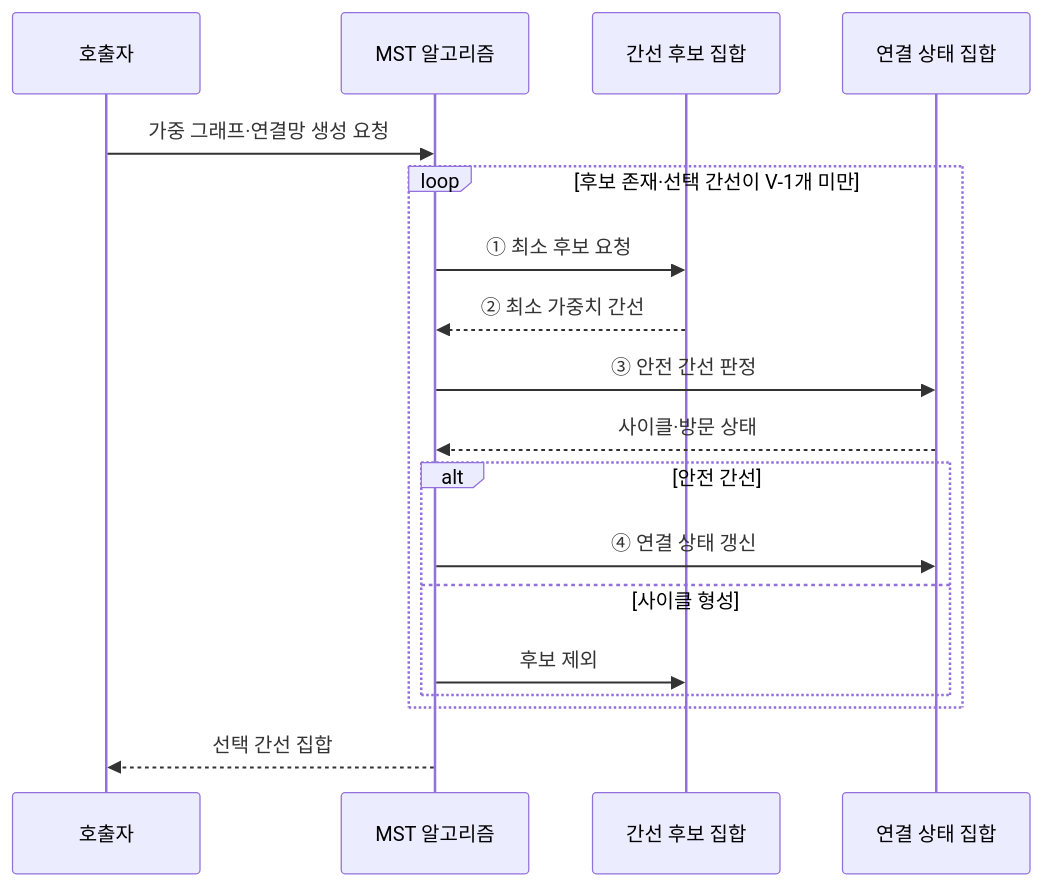
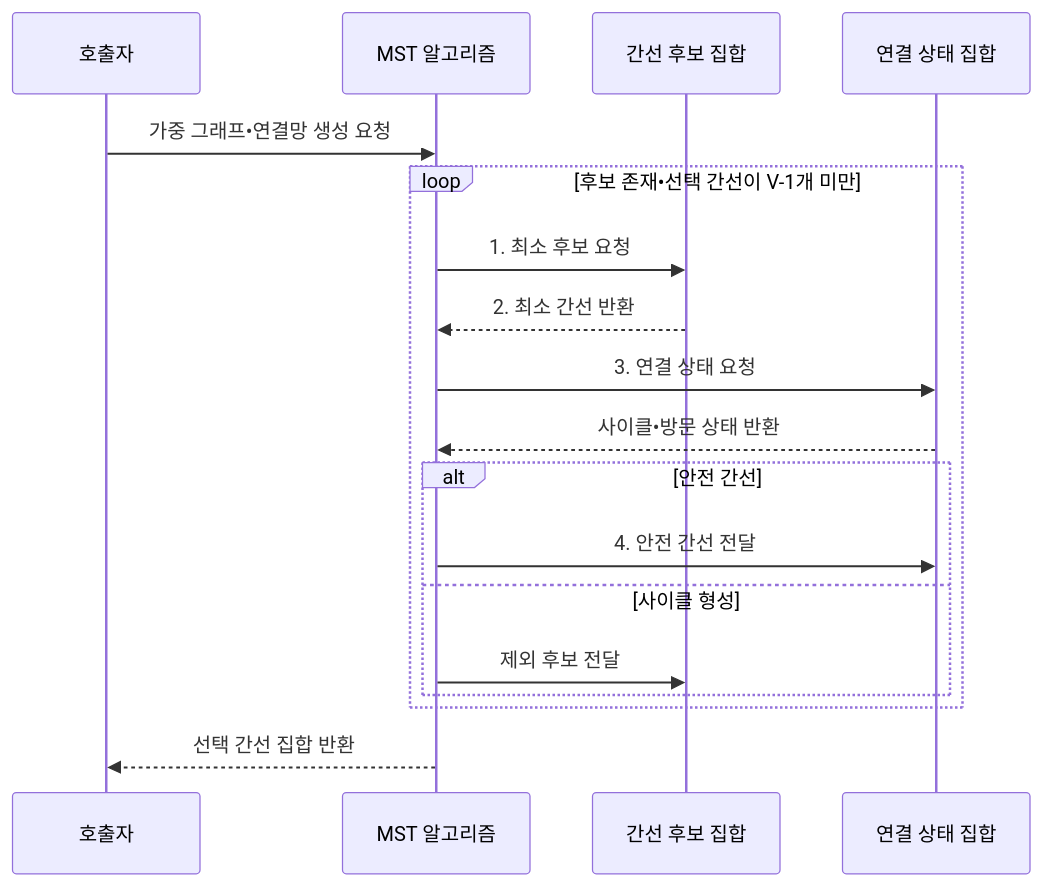
The second of 3 diagrams in src/content/docs/notes/01-basic-theory/012_minimum_spanning_tree.md (agnusdei1207/knowledge-base), drawn with Mermaid before and after one commit. The commit also changed other lines of this file and 20 other files, not shown here.

````diff
--- a/src/content/docs/notes/01-basic-theory/012_minimum_spanning_tree.md
+++ b/src/content/docs/notes/01-basic-theory/012_minimum_spanning_tree.md
@@ -74,20 +81,20 @@
 ```mermaid
 sequenceDiagram
     participant Q as 호출자
     participant A as MST 알고리즘
     participant C as 간선 후보 집합
     participant S as 연결 상태 집합
-    Q->>A: 가중 그래프·연결망 생성 요청
-    loop 후보 존재·선택 간선이 V-1개 미만
-        A->>C: ① 최소 후보 요청
-        C-->>A: ② 최소 가중치 간선
-        A->>S: ③ 안전 간선 판정
-        S-->>A: 사이클·방문 상태
+    Q->>A: 가중 그래프•연결망 생성 요청
+    loop 후보 존재•선택 간선이 V-1개 미만
+        A->>C: 1. 최소 후보 요청
+        C-->>A: 2. 최소 간선 반환
+        A->>S: 3. 연결 상태 요청
+        S-->>A: 사이클•방문 상태 반환
         alt 안전 간선
-            A->>S: ④ 연결 상태 갱신
+            A->>S: 4. 안전 간선 전달
         else 사이클 형성
-            A->>C: 후보 제외
+            A->>C: 제외 후보 전달
         end
     end
-    A-->>Q: 선택 간선 집합
+    A-->>Q: 선택 간선 집합 반환
 ```
````
